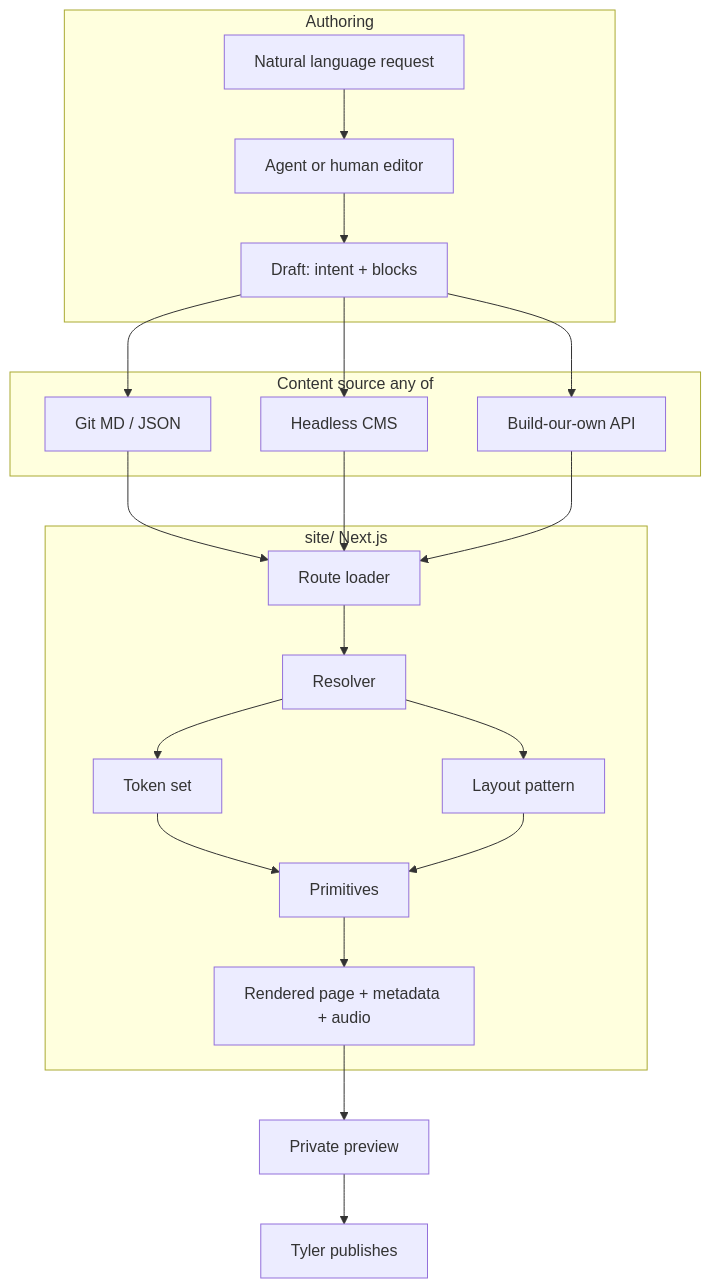
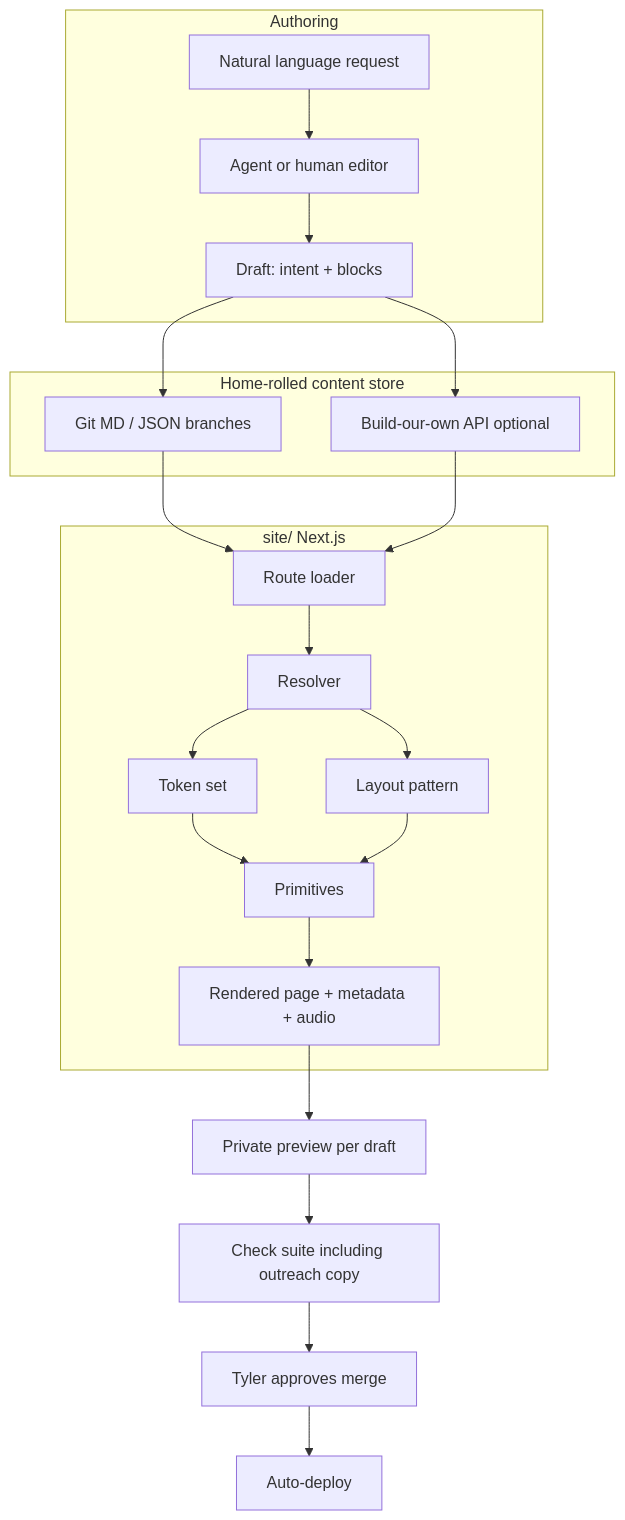
Before and after one commit to tlindow/lindowlabs: the first of 3 diagrams in docs/design-components-architecture.md, drawn with Mermaid. The commit also changed other lines of this file and 2 other files, not shown here.

First line of the commit message:
Revise CMS and design-components docs for review round 2

````diff
--- a/docs/design-components-architecture.md
+++ b/docs/design-components-architecture.md
@@ -107,39 +221,38 @@
 ```mermaid
 flowchart TB
   subgraph authoring [Authoring]
     NL[Natural language request]
     Bot[Agent or human editor]
     Draft[Draft: intent + blocks]
     NL --> Bot --> Draft
   end
 
-  subgraph storage [Content source any of]
-    Files[Git MD / JSON]
-    CMS[Headless CMS]
-    Own[Build-our-own API]
+  subgraph storage [Home-rolled content store]
+    Files[Git MD / JSON branches]
+    Own[Build-our-own API optional]
   end
 
   subgraph site [site/ Next.js]
     Load[Route loader]
     Resolve[Resolver]
     Tokens[Token set]
     Layout[Layout pattern]
     Prim[Primitives]
     Page[Rendered page + metadata + audio]
     Load --> Resolve
     Resolve --> Tokens
     Resolve --> Layout
     Tokens --> Prim
     Layout --> Prim
     Prim --> Page
   end
 
   Draft --> Files
-  Draft --> CMS
   Draft --> Own
   Files --> Load
-  CMS --> Load
   Own --> Load
-  Page --> Preview[Private preview]
-  Preview --> Publish[Tyler publishes]
+  Page --> Preview[Private preview per draft]
+  Preview --> Checks[Check suite including outreach copy]
+  Checks --> Publish[Tyler approves merge]
+  Publish --> Deploy[Auto-deploy]
 ```
````
